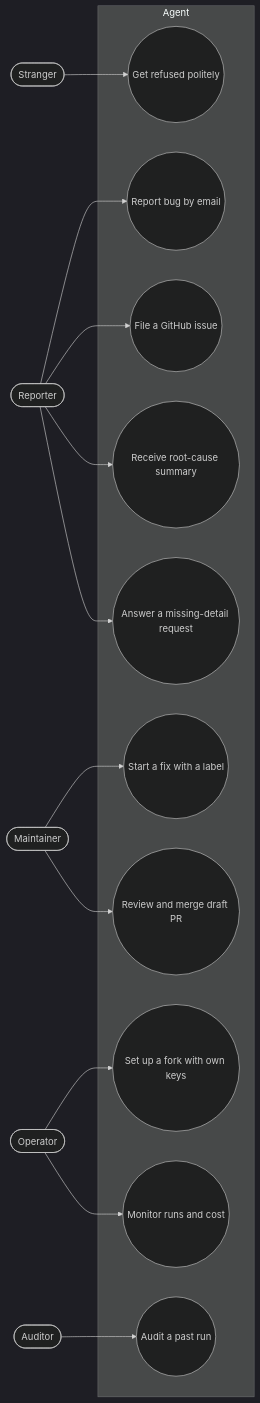
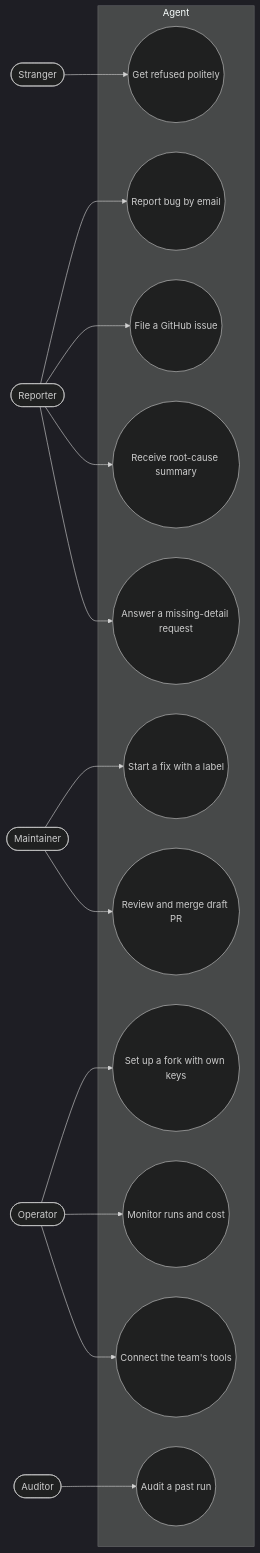
Before and after one commit to SubashNadar/issue-to-pr-agent: the first of 4 diagrams in docs/USE-CASES.md, drawn with Mermaid (dark theme). The commit also changed other lines of this file and 5 other files, not shown here.

First line of the commit message:
Add technology guide and system diagrams across the docs

````diff
--- a/docs/USE-CASES.md
+++ b/docs/USE-CASES.md
@@ -19,32 +19,34 @@
 ```mermaid
 flowchart LR
   Reporter([Reporter])
   Stranger([Stranger])
   Maintainer([Maintainer])
   Operator([Operator])
   Auditor([Auditor])
 
   subgraph Agent
     UC1((Report bug by email))
     UC2((Get refused politely))
     UC3((File a GitHub issue))
     UC4((Start a fix with a label))
     UC5((Review and merge draft PR))
     UC6((Receive root-cause summary))
     UC7((Answer a missing-detail request))
     UC8((Set up a fork with own keys))
     UC9((Monitor runs and cost))
     UC10((Audit a past run))
+    UC11((Connect the team's tools))
   end
 
   Reporter --> UC1
   Reporter --> UC3
   Reporter --> UC6
   Stranger --> UC2
   Maintainer --> UC4
   Maintainer --> UC5
   Reporter --> UC7
   Operator --> UC8
   Operator --> UC9
   Auditor --> UC10
+  Operator --> UC11
 ```
````
